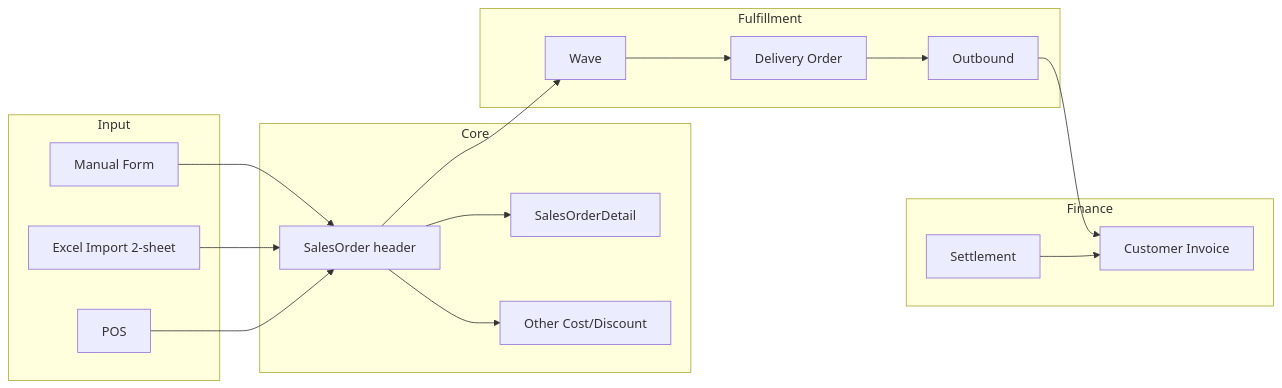
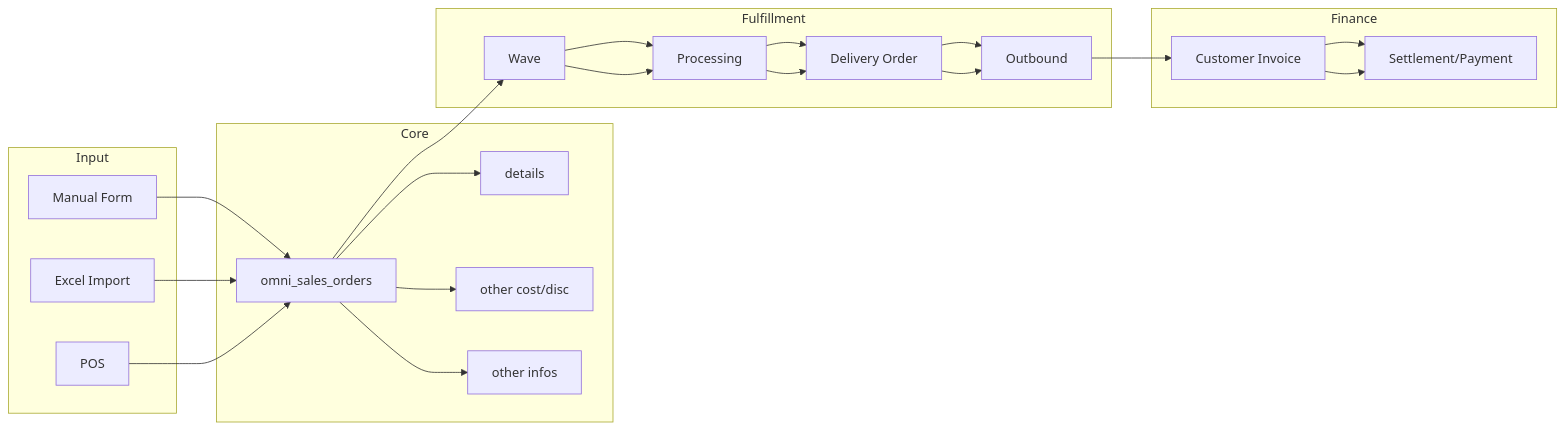
One commit to yendyr/olshoperp-docs changed the first of 2 diagrams in qa-docs/sales-order-general/technical.md. Above: the diagram before and after it, drawn with Mermaid. The commit also changed other lines of this file and 33 other files, not shown here.

````diff
--- a/qa-docs/sales-order-general/technical.md
+++ b/qa-docs/sales-order-general/technical.md
@@ -34,26 +34,22 @@
 ```mermaid
 flowchart LR
     subgraph Input
         M[Manual Form]
-        I[Excel Import 2-sheet]
+        I[Excel Import]
         P[POS]
     end
     subgraph Core
-        SO[SalesOrder header]
-        SOD[SalesOrderDetail]
-        OC[Other Cost/Discount]
+        SO[omni_sales_orders]
+        SOD[details]
+        OC[other cost/disc]
+        OI[other infos]
     end
     subgraph Fulfillment
-        W[Wave]
-        DO[Delivery Order]
-        OB[Outbound]
+        W[Wave] --> PR[Processing] --> DO[Delivery Order] --> OB[Outbound]
     end
     subgraph Finance
-        INV[Customer Invoice]
-        STL[Settlement]
+        INV[Customer Invoice] --> PAY[Settlement/Payment]
     end
-    M & I & P --> SO
-    SO --> SOD & OC
-    SO --> W --> DO --> OB --> INV
-    STL --> INV
+    M & I & P --> SO --> SOD & OC & OI
+    SO --> W --> PR --> DO --> OB --> INV --> PAY
 ```
````
